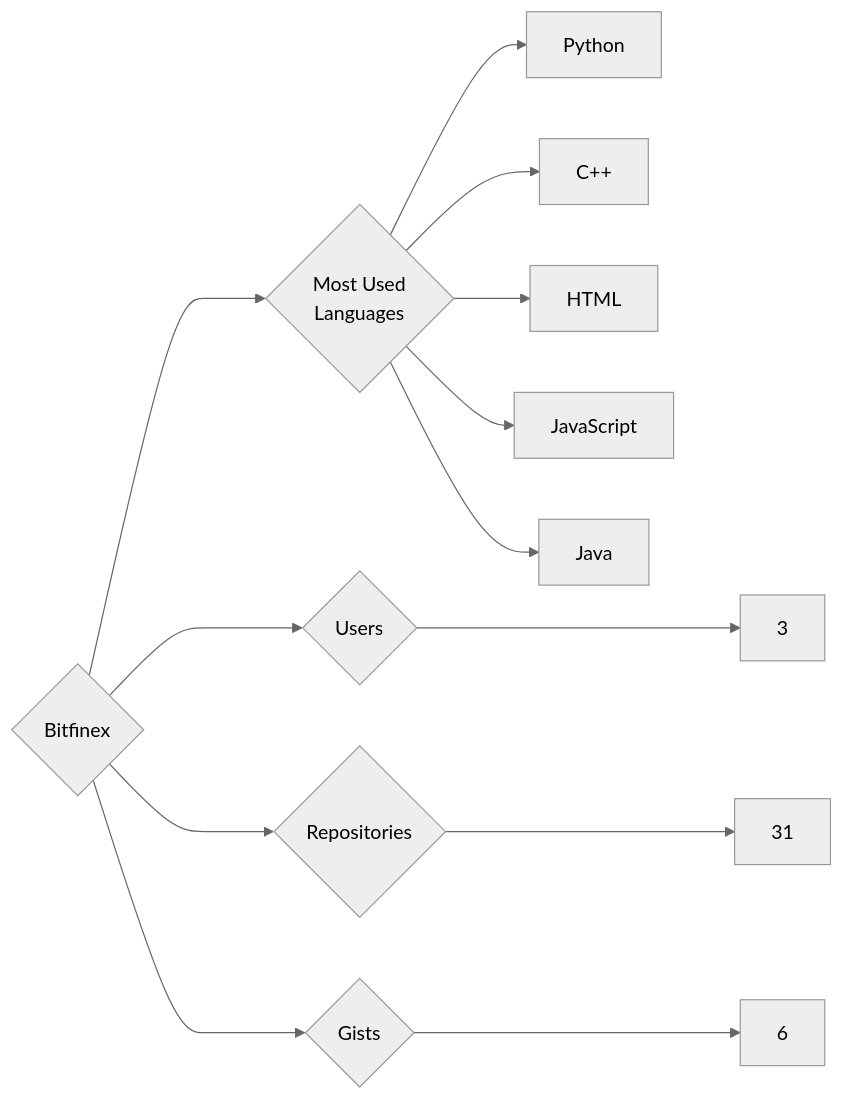
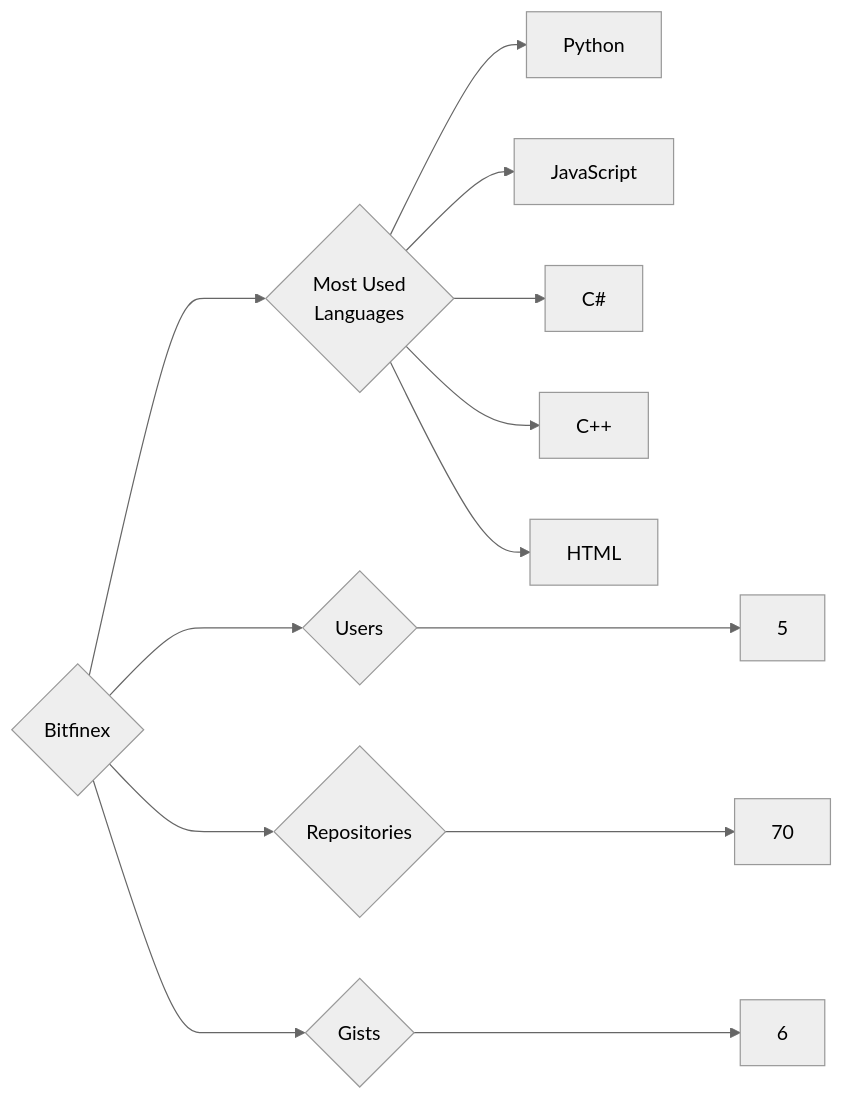
The diagram in targets/Bitfinex/README.md (trickest/insiders), drawn with Mermaid (neutral theme) before and after one commit. The commit also changed 815 other files, not shown here.

````diff
--- a/targets/Bitfinex/README.md
+++ b/targets/Bitfinex/README.md
@@ -3,13 +3,13 @@
 ```mermaid
 graph LR
 COMPANY_NAME{Bitfinex}
-COMPANY_NAME ---> U{Users} ---> UN[3]
-COMPANY_NAME ---> R{Repositories} ---> RN[31]
+COMPANY_NAME ---> U{Users} ---> UN[5]
+COMPANY_NAME ---> R{Repositories} ---> RN[70]
 COMPANY_NAME ---> G{Gists} ---> GN[6]
 COMPANY_NAME ---> ML{Most Used<br>Languages}
 ML --> Python[Python]
+ML --> JavaScript[JavaScript]
+ML --> C#[C#]
 ML --> C++[C++]
 ML --> HTML[HTML]
-ML --> JavaScript[JavaScript]
-ML --> Java[Java]
 ```
````
